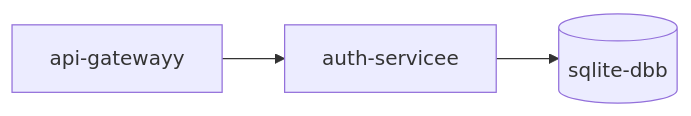
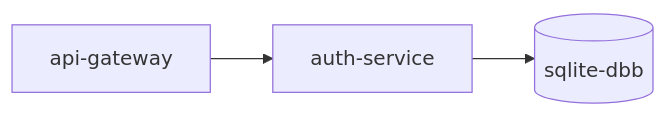
The first of 12 diagrams in final/auth-service/DOCUMENTATION_AUTH_SERVICE.md (oJonasRtz/transcendence), drawn with Mermaid before and after one commit.

Commit message:
documentation auth fixed

````diff
--- a/final/auth-service/DOCUMENTATION_AUTH_SERVICE.md
+++ b/final/auth-service/DOCUMENTATION_AUTH_SERVICE.md
@@ -25,5 +25,5 @@
 ```mermaid
 flowchart LR
-  G[api-gatewayy] --> A[auth-servicee]
+  G[api-gateway] --> A[auth-service]
   A --> DB[(sqlite-dbb)]
 ```
````
